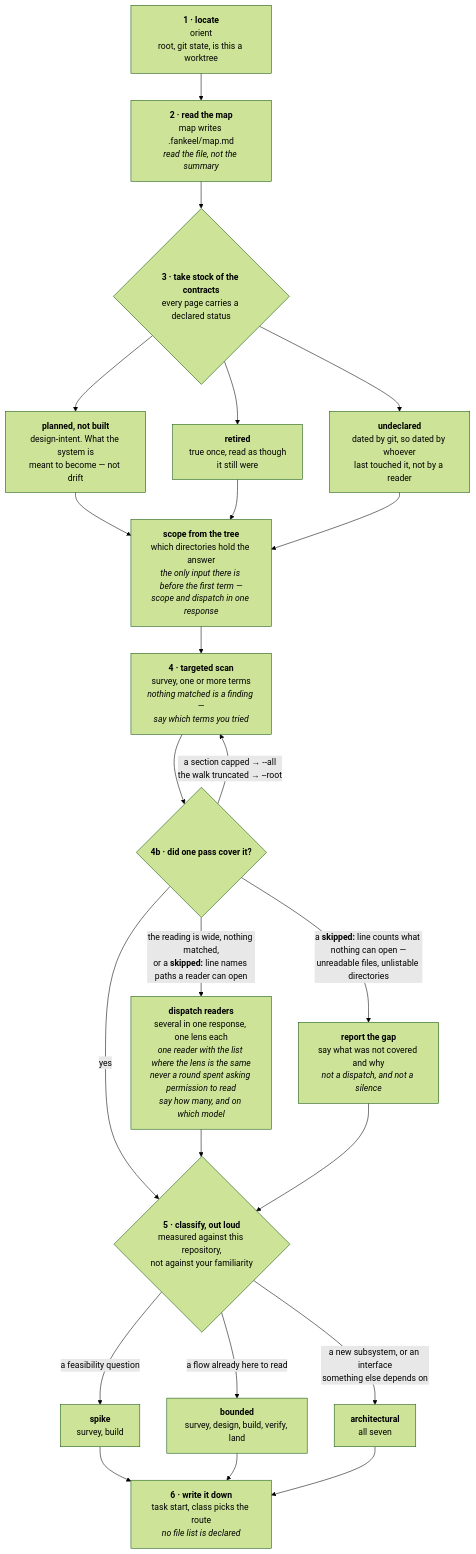
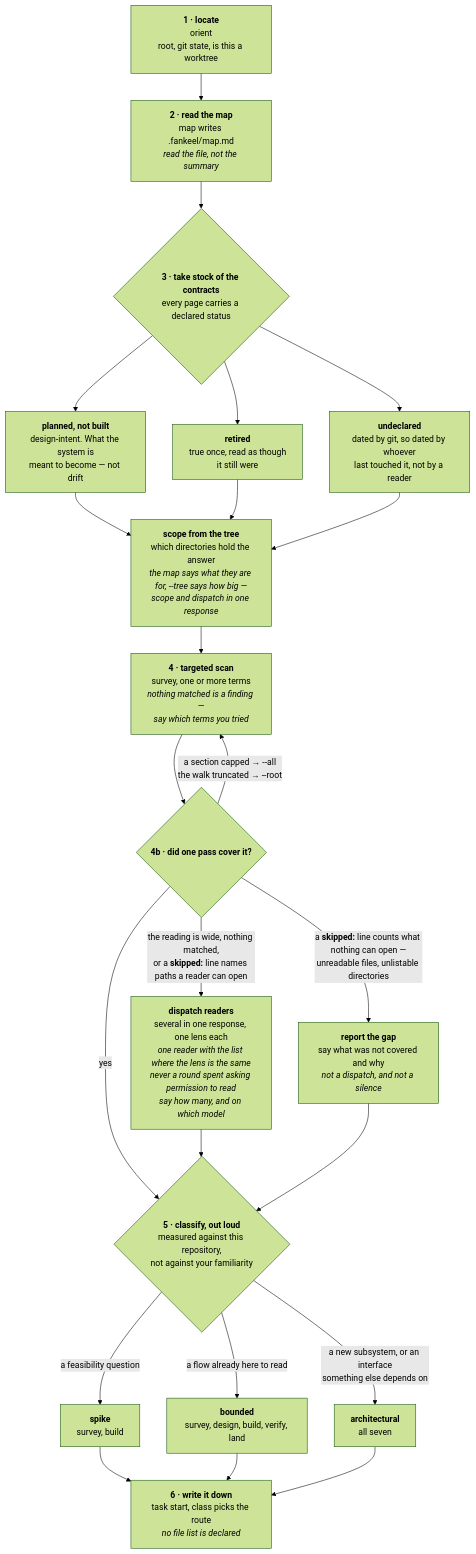
The first of 8 diagrams in docs/pipeline.md (FanFantom9452/FanKeel), drawn with Mermaid (forest theme) before and after one commit. The commit also changed other lines of this file and 2 other files, not shown here.

First line of the commit message:
docs: the pages that enumerate the map now count the tree

````diff
--- a/docs/pipeline.md
+++ b/docs/pipeline.md
@@ -317,41 +317,41 @@
 ```mermaid
 flowchart TD
     A["<b>1 · locate</b><br/>orient<br/>root, git state, is this a worktree"]
     B["<b>2 · read the map</b><br/>map writes .fankeel/map.md<br/><i>read the file, not the summary</i>"]
     C{"<b>3 · take stock of the contracts</b><br/>every page carries a declared status"}
     C1["<b>planned, not built</b><br/>design-intent. What the system is<br/>meant to become — not drift"]
     C2["<b>retired</b><br/>true once, read as though<br/>it still were"]
     C3["<b>undeclared</b><br/>dated by git, so dated by whoever<br/>last touched it, not by a reader"]
-    D0["<b>scope from the tree</b><br/>which directories hold the answer<br/><i>the only input there is before the first term —<br/>scope and dispatch in one response</i>"]
+    D0["<b>scope from the tree</b><br/>which directories hold the answer<br/><i>the map says what they are for, --tree says how big —<br/>scope and dispatch in one response</i>"]
     D["<b>4 · targeted scan</b><br/>survey, one or more terms<br/><i>nothing matched is a finding —<br/>say which terms you tried</i>"]
     D2{"<b>4b · did one pass cover it?</b>"}
     D4["<b>report the gap</b><br/>say what was not covered and why<br/><i>not a dispatch, and not a silence</i>"]
     D3["<b>dispatch readers</b><br/>several in one response, one lens each<br/><i>one reader with the list where the lens is the same</i><br/><i>never a round spent asking permission to read</i><br/><i>say how many, and on which model</i>"]
     E{"<b>5 · classify, out loud</b><br/>measured against this repository,<br/>not against your familiarity"}
     E1["<b>spike</b><br/>survey, build"]
     E2["<b>bounded</b><br/>survey, design, build, verify, land"]
     E3["<b>architectural</b><br/>all seven"]
     F["<b>6 · write it down</b><br/>task start, class picks the route<br/><i>no file list is declared</i>"]
 
     A --> B --> C
     C --> C1
     C --> C2
     C --> C3
     C1 --> D0
     C2 --> D0
     C3 --> D0
     D0 --> D
     D --> D2
     D2 -- "a section capped → --all<br/>the walk truncated → --root" --> D
     D2 -- "the reading is wide, nothing matched,<br/>or a <b>skipped:</b> line names paths a reader can open" --> D3
     D2 -- "a <b>skipped:</b> line counts what nothing can open —<br/>unreadable files, unlistable directories" --> D4
     D2 -- yes --> E
     D3 --> E
     D4 --> E
     E -- "a feasibility question" --> E1
     E -- "a flow already here to read" --> E2
     E -- "a new subsystem, or an interface<br/>something else depends on" --> E3
     E1 --> F
     E2 --> F
     E3 --> F
 ```
````
